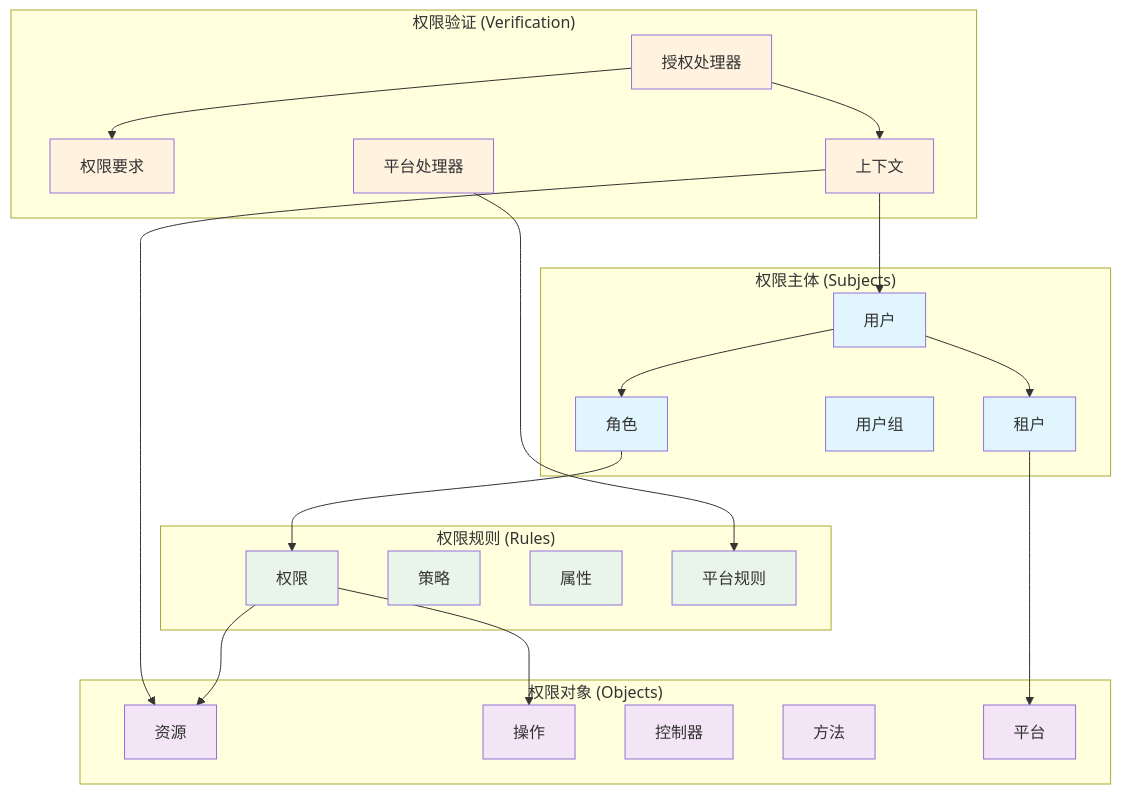
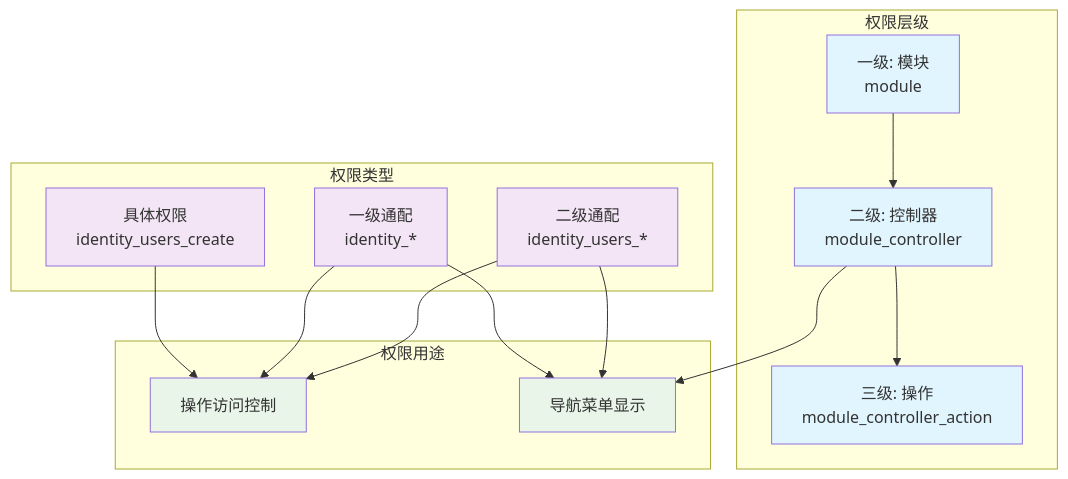
One commit to jianyuyanyu/CodeSpirit changed the diagram in Docs/04-Identity-Auth/CodeSpirit.Authorization权限组件详解.md. Above: the diagram before and after it, drawn with Mermaid. The commit also changed other lines of this file and 12 other files, not shown here.

````diff
--- a/Docs/04-Identity-Auth/CodeSpirit.Authorization权限组件详解.md
+++ b/Docs/04-Identity-Auth/CodeSpirit.Authorization权限组件详解.md
@@ -9,53 +37,37 @@
 ```mermaid
 graph TB
-    subgraph "权限主体 (Subjects)"
-        User[用户]
-        Role[角色]
-        Group[用户组]
-        Tenant[租户]
+    subgraph "权限层级"
+        L1[一级: 模块<br/>module]
+        L2[二级: 控制器<br/>module_controller]
+        L3[三级: 操作<br/>module_controller_action]
     end
     
-    subgraph "权限对象 (Objects)"
-        Resource[资源]
-        Action[操作]
-        Controller[控制器]
-        Method[方法]
-        Platform[平台]
+    subgraph "权限类型"
+        Concrete[具体权限<br/>identity_users_create]
+        Wildcard1[一级通配<br/>identity_*]
+        Wildcard2[二级通配<br/>identity_users_*]
     end
     
-    subgraph "权限规则 (Rules)"
-        Permission[权限]
-        Policy[策略]
-        Attribute[属性]
-        PlatformRule[平台规则]
+    subgraph "权限用途"
+        Access[操作访问控制]
+        Navigation[导航菜单显示]
     end
     
-    subgraph "权限验证 (Verification)"
-        Handler[授权处理器]
-        Requirement[权限要求]
-        Context[上下文]
-        PlatformHandler[平台处理器]
-    end
+    L1 --> L2
+    L2 --> L3
     
-    User --> Role
-    User --> Tenant
-    Role --> Permission
-    Permission --> Resource
-    Permission --> Action
-    Tenant --> Platform
-    Handler --> Requirement
-    PlatformHandler --> PlatformRule
-    Handler --> Context
-    Context --> User
-    Context --> Resource
+    Concrete --> Access
+    Wildcard1 --> Access
+    Wildcard1 --> Navigation
+    Wildcard2 --> Access
+    Wildcard2 --> Navigation
+    L2 --> Navigation
     
-    classDef subject fill:#e1f5fe
-    classDef object fill:#f3e5f5
-    classDef rule fill:#e8f5e8
-    classDef verification fill:#fff3e0
+    classDef level fill:#e1f5fe
+    classDef type fill:#f3e5f5
+    classDef usage fill:#e8f5e8
     
-    class User,Role,Group,Tenant subject
-    class Resource,Action,Controller,Method,Platform object
-    class Permission,Policy,Attribute,PlatformRule rule
-    class Handler,Requirement,Context,PlatformHandler verification
+    class L1,L2,L3 level
+    class Concrete,Wildcard1,Wildcard2 type
+    class Access,Navigation usage
 ```
````
